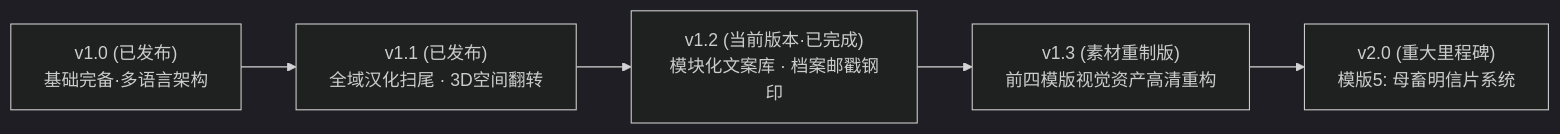
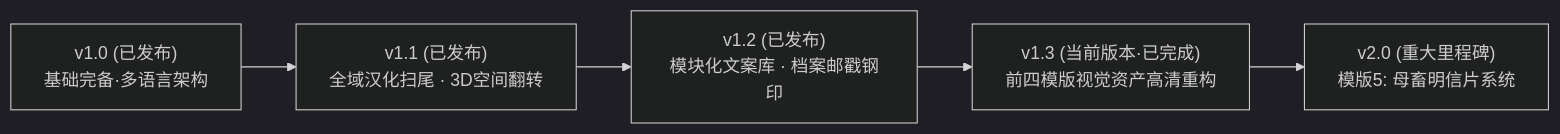
The diagram in Roadmap.md (AmberCH872/Slut-ID-Generator), drawn with Mermaid (dark theme) before and after one commit. The commit also changed other lines of this file and 25 other files, not shown here.

````diff
--- a/Roadmap.md
+++ b/Roadmap.md
@@ -11,7 +11,7 @@
 ```mermaid
 flowchart LR
     A["v1.0 (已发布)<br>基础完备·多语言架构"] --> B["v1.1 (已发布)<br>全域汉化扫尾 · 3D空间翻转"]
-    B --> C["v1.2 (当前版本·已完成)<br>模块化文案库 · 档案邮戳钢印"]
-    C --> D["v1.3 (素材重制版)<br>前四模版视觉资产高清重构"]
+    B --> C["v1.2 (已发布)<br>模块化文案库 · 档案邮戳钢印"]
+    C --> D["v1.3 (当前版本·已完成)<br>前四模版视觉资产高清重构"]
     D --> E["v2.0 (重大里程碑)<br>模版5: 母畜明信片系统"]
 ```
````
